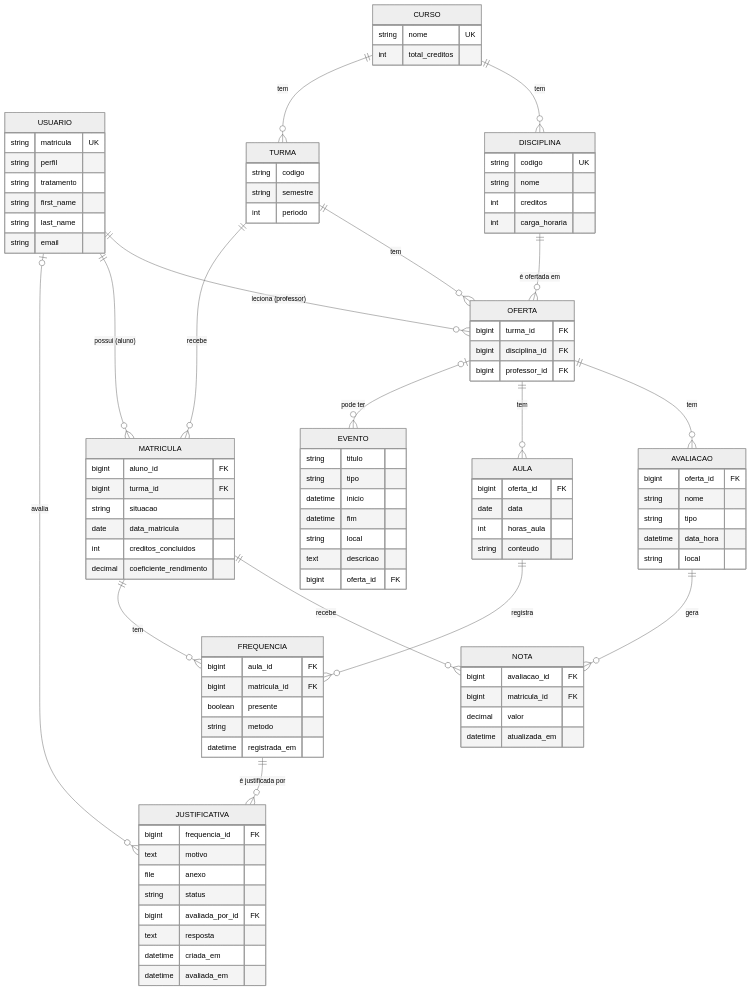
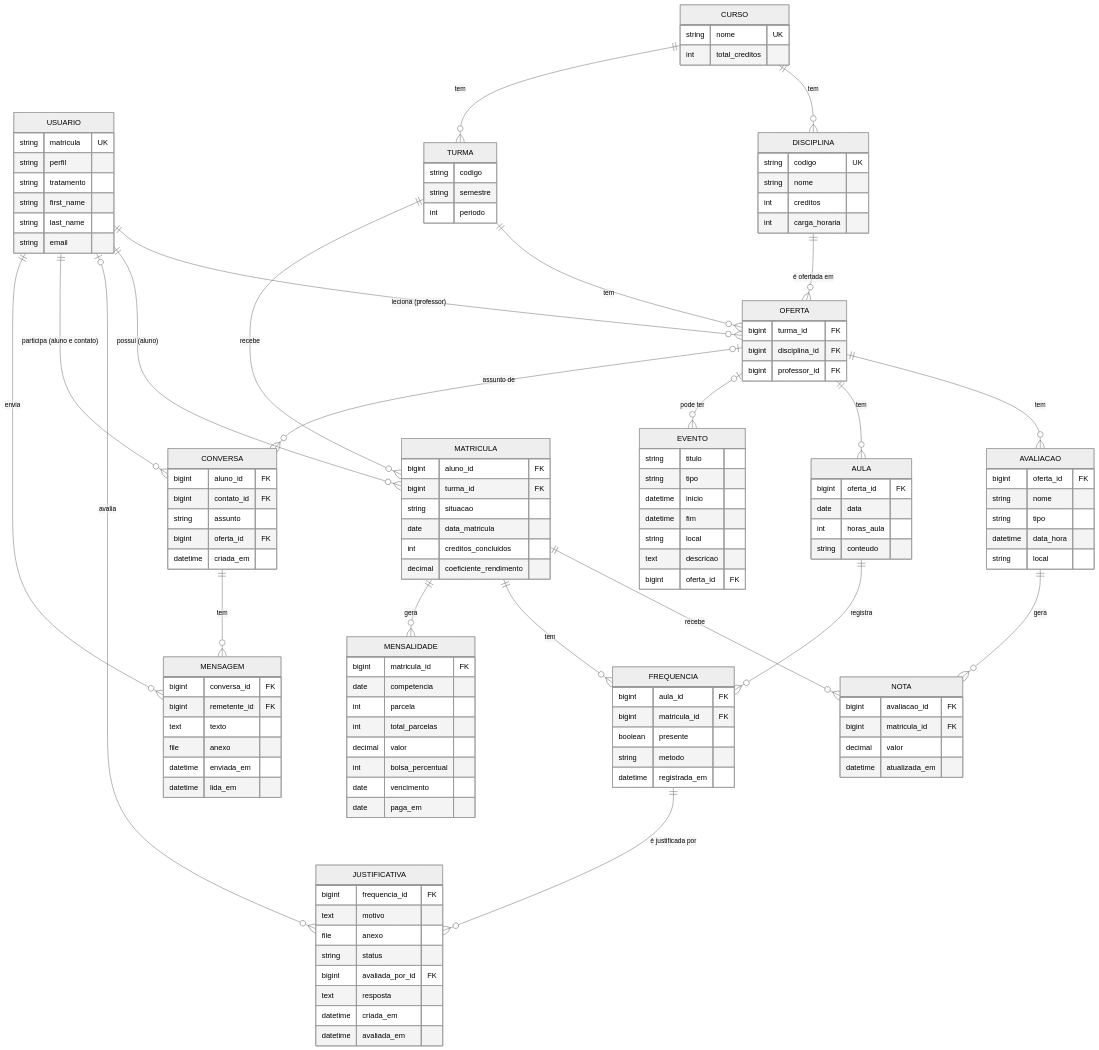
The diagram in docs/DER.md (takathecode/colegio-socratico), drawn with Mermaid (neutral theme) before and after one commit. The commit also changed other lines of this file and 54 other files, not shown here.

````diff
--- a/docs/DER.md
+++ b/docs/DER.md
@@ -20,6 +20,11 @@
     MATRICULA ||--o{ FREQUENCIA : "tem"
     FREQUENCIA ||--o{ JUSTIFICATIVA : "é justificada por"
     OFERTA |o--o{ EVENTO : "pode ter"
+    USUARIO ||--o{ CONVERSA : "participa (aluno e contato)"
+    OFERTA |o--o{ CONVERSA : "assunto de"
+    CONVERSA ||--o{ MENSAGEM : "tem"
+    USUARIO ||--o{ MENSAGEM : "envia"
+    MATRICULA ||--o{ MENSALIDADE : "gera"
 
     USUARIO {
         string matricula UK
@@ -102,4 +107,29 @@
         text descricao
         bigint oferta_id FK
     }
+    CONVERSA {
+        bigint aluno_id FK
+        bigint contato_id FK
+        string assunto
+        bigint oferta_id FK
+        datetime criada_em
+    }
+    MENSAGEM {
+        bigint conversa_id FK
+        bigint remetente_id FK
+        text texto
+        file anexo
+        datetime enviada_em
+        datetime lida_em
+    }
+    MENSALIDADE {
+        bigint matricula_id FK
+        date competencia
+        int parcela
+        int total_parcelas
+        decimal valor
+        int bolsa_percentual
+        date vencimento
+        date paga_em
+    }
 ```
````
